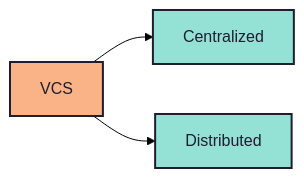
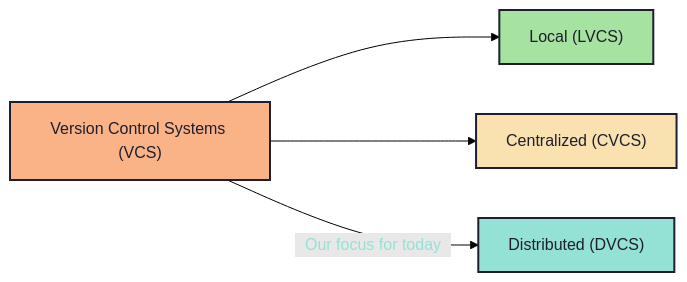
The diagram in src/chapters/1_2_b.md (gdg-on-campus-adtu/OE2025-001), drawn with Mermaid (forest theme) before and after one commit. The commit also changed other lines of this file and 8 other files, not shown here.

````diff
--- a/src/chapters/1_2_b.md
+++ b/src/chapters/1_2_b.md
@@ -6,9 +10,11 @@
 ```mermaid +render
 flowchart LR
-  VCS --> Centralized
-  VCS --> Distributed
+  VCS["Version Control Systems (VCS)"] --> Local["Local (LVCS)"]
+  VCS --> Centralized["Centralized (CVCS)"]
+  VCS --> |<span style="padding:10px;color:#94e2d5;">Our focus for today</span>| Distributed["Distributed (DVCS)"]
 
   style VCS fill:#fab387,stroke:#1e1e2e,stroke-width:2px,color:#1e1e2e
-  style Centralized fill:#94e2d5,stroke:#1e1e2e,stroke-width:2px,color:#1e1e2e
+  style Local fill:#a6e3a1,stroke:#1e1e2e,stroke-width:2px,color:#1e1e2e
+  style Centralized fill:#f9e2af,stroke:#1e1e2e,stroke-width:2px,color:#1e1e2e
   style Distributed fill:#94e2d5,stroke:#1e1e2e,stroke-width:2px,color:#1e1e2e
 ```
````
